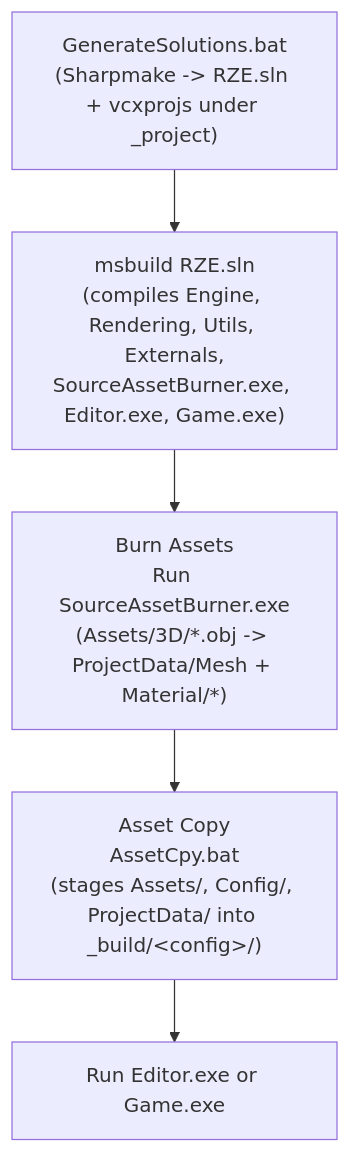
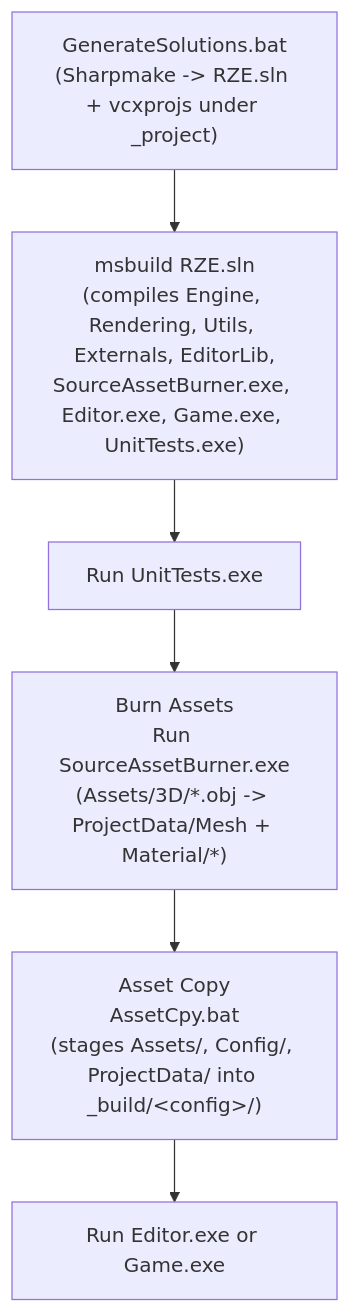
One commit to b1nary0/RZE changed the diagram in Docs/Generated/Engine/01-GettingStarted/Building-And-Running.md. Above: the diagram before and after it, drawn with Mermaid. The commit also changed other lines of this file and 19 other files, not shown here.

````diff
--- a/Docs/Generated/Engine/01-GettingStarted/Building-And-Running.md
+++ b/Docs/Generated/Engine/01-GettingStarted/Building-And-Running.md
@@ -9,8 +9,9 @@
 ```mermaid
 %%{init: {'flowchart': {'subGraphTitleMargin': {'top': 6, 'bottom': 10}}, 'themeCSS': '.labelBkg, .edgeLabel { background-color: var(--background-primary) !important; } .messageText, .labelText, .loopText { paint-order: stroke; stroke: var(--background-primary); stroke-width: 5px; stroke-linejoin: round; }'}}%%
 flowchart TD
-    A["GenerateSolutions.bat<br/>(Sharpmake -> RZE.sln + vcxprojs under _project)"] --> B["msbuild RZE.sln<br/>(compiles Engine, Rendering, Utils, Externals,<br/>SourceAssetBurner.exe, Editor.exe, Game.exe)"]
-    B --> C["Burn Assets<br/>Run SourceAssetBurner.exe<br/>(Assets/3D/*.obj -> ProjectData/Mesh + Material/*)"]
+    A["GenerateSolutions.bat<br/>(Sharpmake -> RZE.sln + vcxprojs under _project)"] --> B["msbuild RZE.sln<br/>(compiles Engine, Rendering, Utils, Externals, EditorLib,<br/>SourceAssetBurner.exe, Editor.exe, Game.exe, UnitTests.exe)"]
+    B --> T["Run UnitTests.exe"]
+    T --> C["Burn Assets<br/>Run SourceAssetBurner.exe<br/>(Assets/3D/*.obj -> ProjectData/Mesh + Material/*)"]
     C --> D["Asset Copy<br/>AssetCpy.bat<br/>(stages Assets/, Config/, ProjectData/ into _build/&lt;config&gt;/)"]
     D --> E["Run Editor.exe or Game.exe"]
 ```
````
